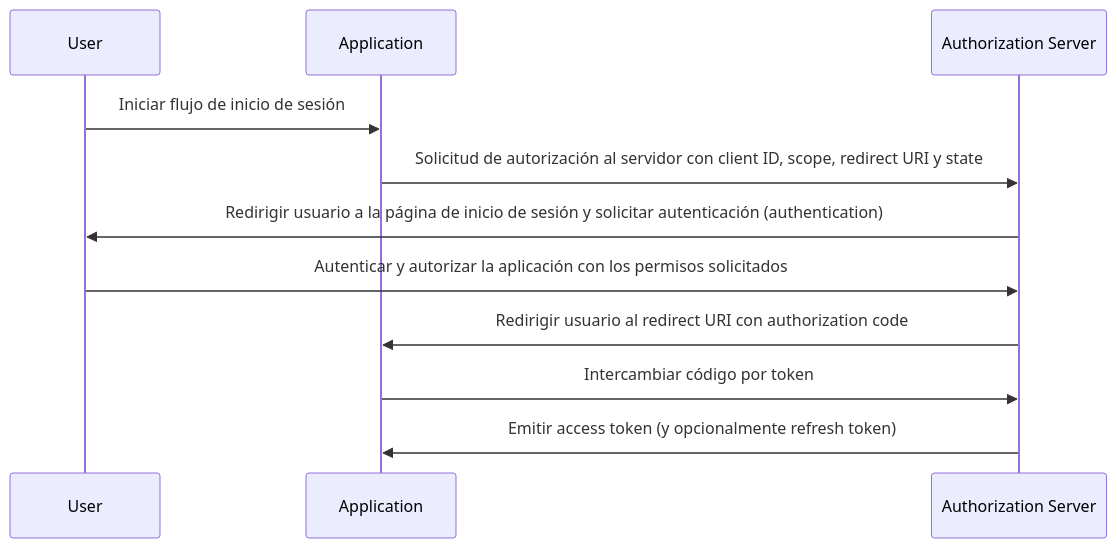
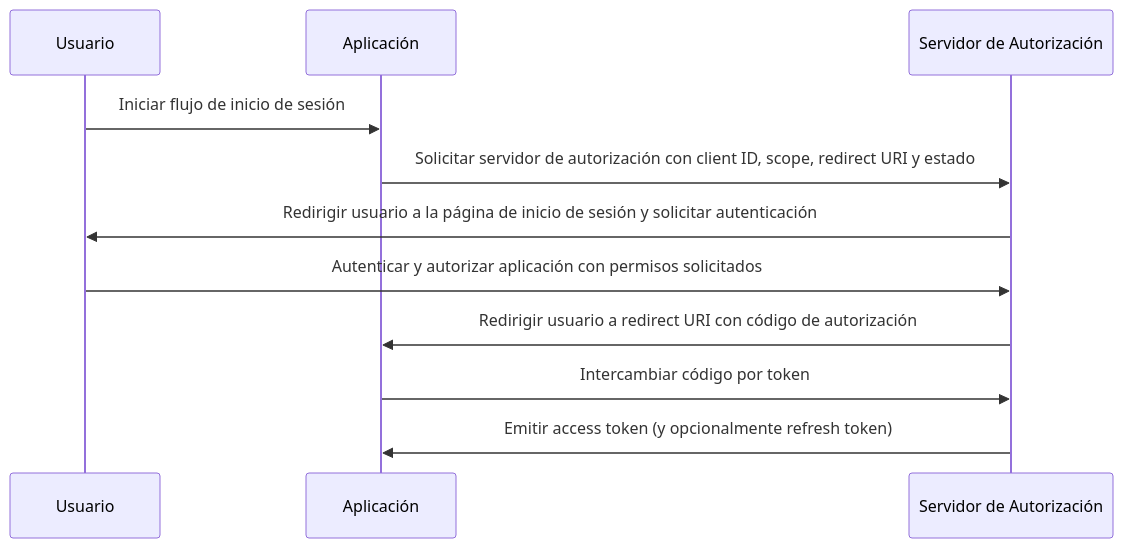
One commit to logto-io/auth-wiki changed the diagram in src/content/terms/es/authorization-code-flow.mdx. Above: the diagram before and after it, drawn with Mermaid. The commit also changed other lines of this file and 95 other files, not shown here.

````diff
--- a/src/content/terms/es/authorization-code-flow.mdx
+++ b/src/content/terms/es/authorization-code-flow.mdx
@@ -25,14 +27,14 @@
 ```mermaid
 sequenceDiagram
-    participant User
-    participant Application
-    participant Authorization Server
+    participant Usuario
+    participant Aplicación
+    participant Servidor de Autorización
 
-    User->>Application: Iniciar flujo de inicio de sesión
-    Application->>Authorization Server: Solicitud de autorización al servidor con client ID, scope, redirect URI y state
-    Authorization Server->>User: Redirigir usuario a la página de inicio de sesión y solicitar autenticación (authentication)
-    User->>Authorization Server: Autenticar y autorizar la aplicación con los permisos solicitados
-    Authorization Server->>Application: Redirigir usuario al redirect URI con authorization code
-    Application->>Authorization Server: Intercambiar código por token
-    Authorization Server->>Application: Emitir access token (y opcionalmente refresh token)
+    Usuario->>Aplicación: Iniciar flujo de inicio de sesión
+    Aplicación->>Servidor de Autorización: Solicitar servidor de autorización con client ID, scope, redirect URI y estado
+    Servidor de Autorización->>Usuario: Redirigir usuario a la página de inicio de sesión y solicitar autenticación
+    Usuario->>Servidor de Autorización: Autenticar y autorizar aplicación con permisos solicitados
+    Servidor de Autorización->>Aplicación: Redirigir usuario a redirect URI con código de autorización
+    Aplicación->>Servidor de Autorización: Intercambiar código por token
+    Servidor de Autorización->>Aplicación: Emitir access token (y opcionalmente refresh token)
 ```
````
